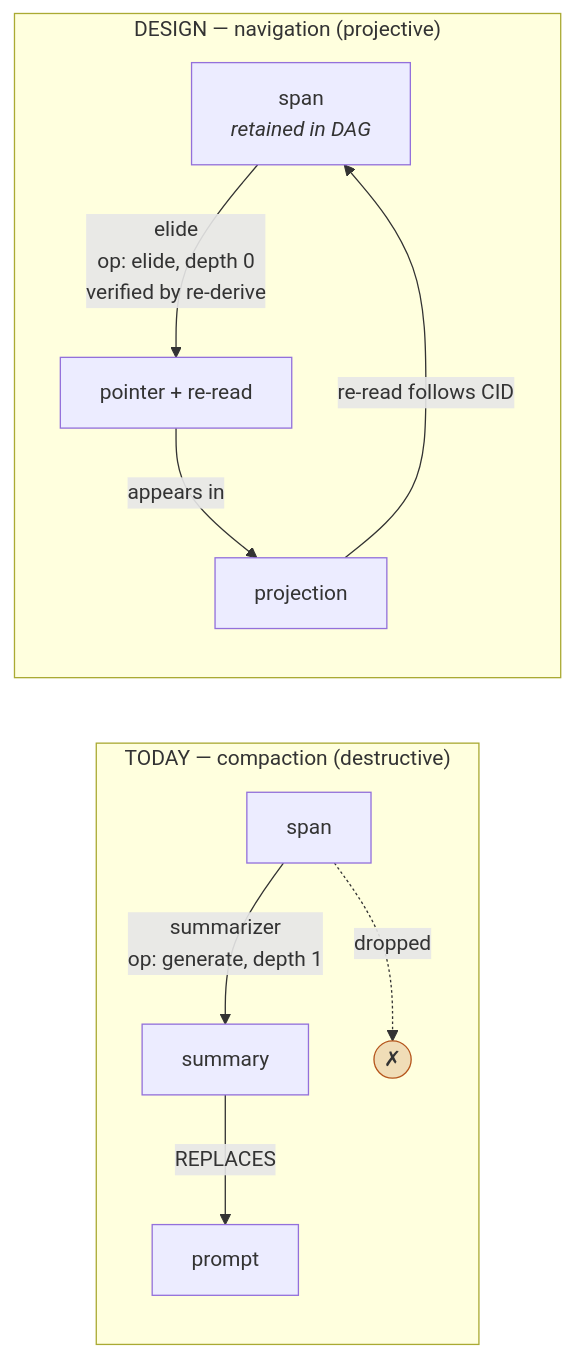
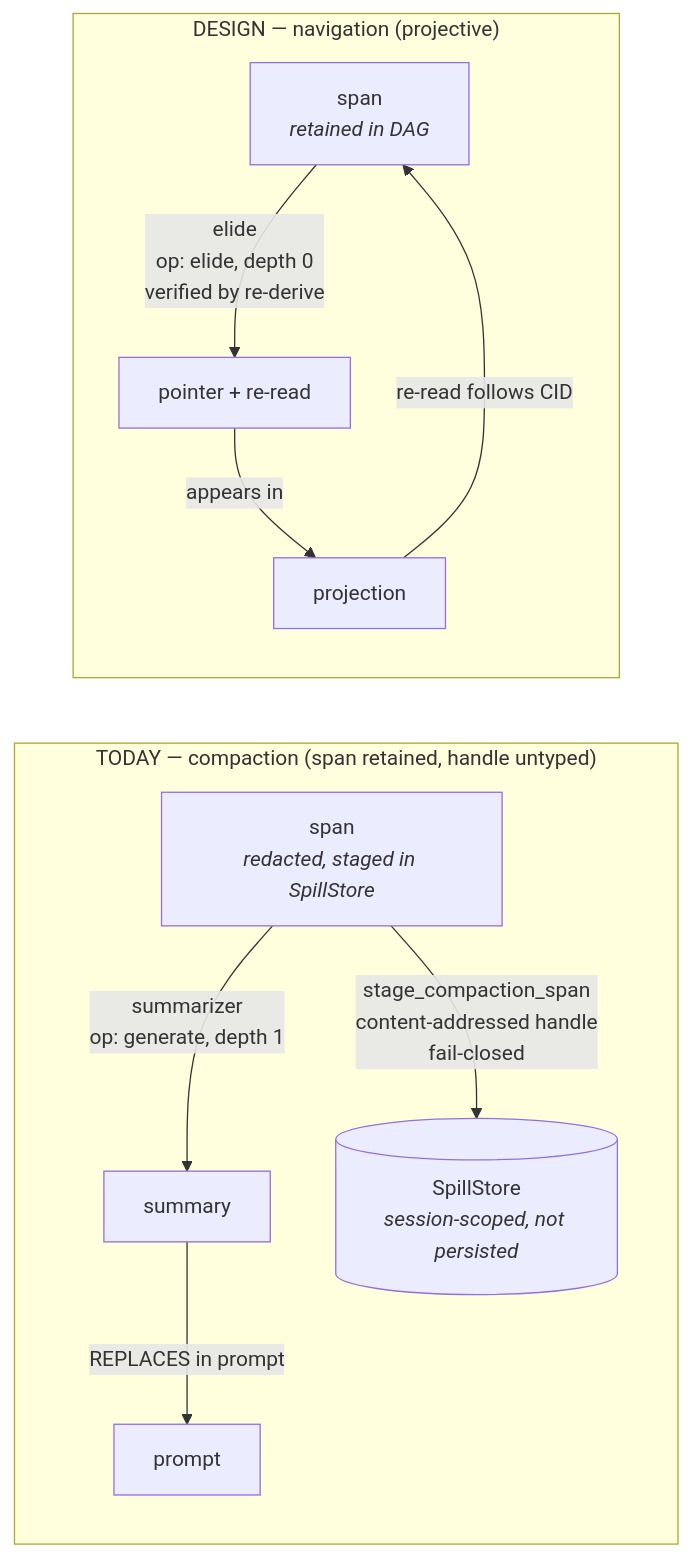
Before and after one commit to Gilamonster-Foundation/newt-agent: the fourth of 6 diagrams in docs/design/smart-harness.md, drawn with Mermaid. The commit also changed other lines of this file, not shown here.

````diff
--- a/docs/design/smart-harness.md
+++ b/docs/design/smart-harness.md
@@ -136,14 +162,13 @@
 ```mermaid
 flowchart LR
-    subgraph today ["TODAY — compaction (destructive)"]
-        S1["span"] -->|"summarizer<br/>op: generate, depth 1"| SUM["summary"]
-        SUM -->|"REPLACES"| P1["prompt"]
-        S1 -.->|"dropped"| X(("✗"))
+    subgraph today ["TODAY — compaction (span retained, handle untyped)"]
+        S1["span<br/><i>redacted, staged in SpillStore</i>"] -->|"summarizer<br/>op: generate, depth 1"| SUM["summary"]
+        SUM -->|"REPLACES in prompt"| P1["prompt"]
+        S1 -->|"stage_compaction_span<br/>content-addressed handle<br/>fail-closed"| H1[("SpillStore<br/><i>session-scoped, not persisted</i>")]
     end
     subgraph design ["DESIGN — navigation (projective)"]
         S2["span<br/><i>retained in DAG</i>"] -->|"elide<br/>op: elide, depth 0<br/>verified by re-derive"| PTR["pointer + re-read"]
         PTR -->|"appears in"| P2["projection"]
         P2 -->|"re-read follows CID"| S2
     end
-    style X fill:#B5551B33,stroke:#B5551B
 ```
````
